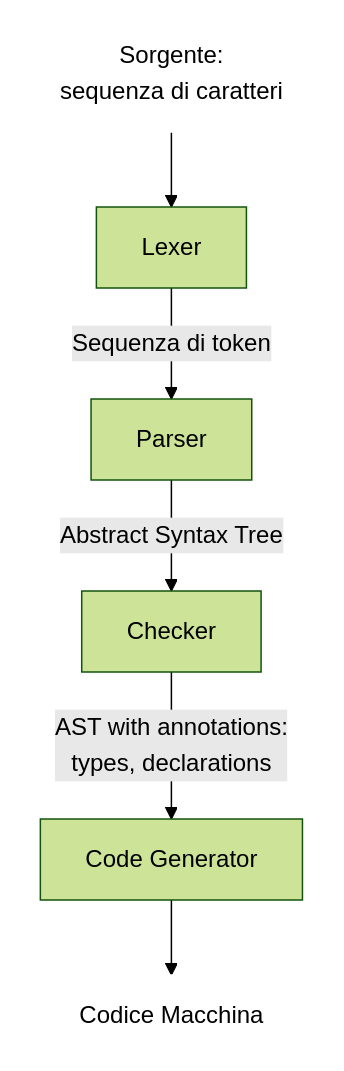
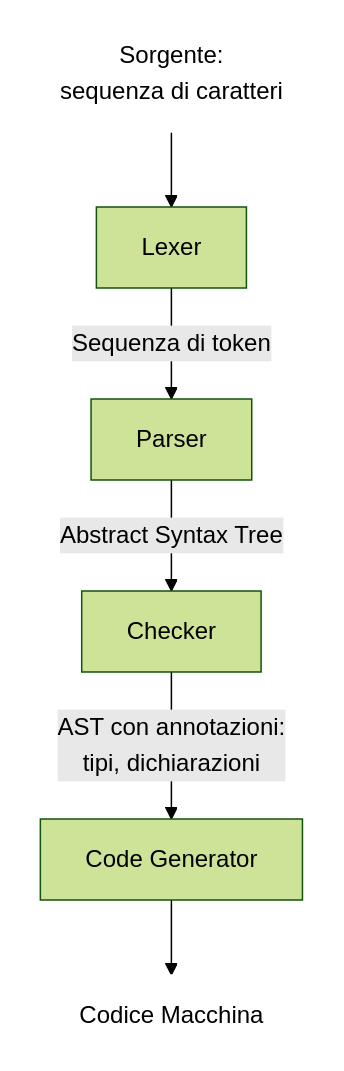
Before and after one commit to tassiLuca/bachelor-thesis: the diagram in resources/schemas/01-compiler-arch.mmd, drawn with Mermaid (forest theme). The commit also changed 1 other file, not shown here.

Commit message:
english -> italian figure

```diff
--- a/resources/schemas/01-compiler-arch.mmd
+++ b/resources/schemas/01-compiler-arch.mmd
@@ -1,8 +1,8 @@
 flowchart TB
     S[Sorgente:\n sequenza di caratteri] --> Lexer
     Lexer --> |Sequenza di token| Parser
     Parser --> |Abstract Syntax Tree| Checker
-    Checker -->|AST with annotations:\n types, declarations| CodeGen[Code Generator]
+    Checker -->|AST con annotazioni:\n tipi, dichiarazioni| CodeGen[Code Generator]
     CodeGen --> F[Codice Macchina]
     style S fill:#ffff,stroke:#ffff
     style F fill:#ffff,stroke:#ffff
```
